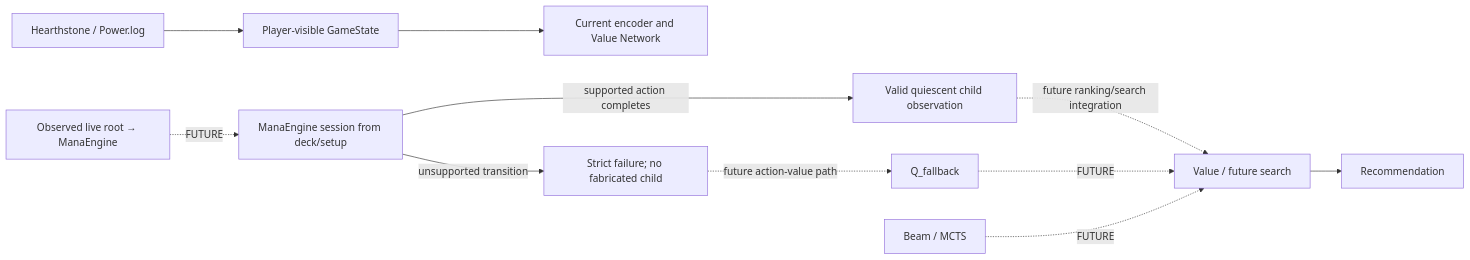
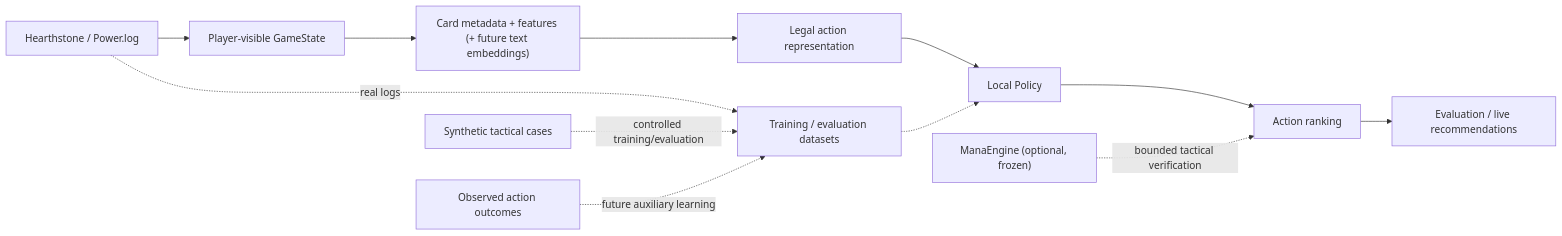
One commit to MaksimOrekhov/manamind changed the diagram in README.md. Above: the diagram before and after it, drawn with Mermaid. The commit also changed other lines of this file and 142 other files, not shown here.

First line of the commit message:
Model-first migration: remove RosettaStone, add roadmap, rewrite rules

````diff
--- a/README.md
+++ b/README.md
@@ -29,13 +23,14 @@
 ```mermaid
 flowchart LR
     LOG["Hearthstone / Power.log"] --> OBS["Player-visible GameState"]
-    OBS --> ENC["Current encoder and Value Network"]
-    SESSION["ManaEngine session from deck/setup"] -->|supported action completes| CHILD["Valid quiescent child observation"]
-    SESSION -->|unsupported transition| FAIL["Strict failure; no fabricated child"]
-    CHILD -. "future ranking/search integration" .-> VALUE["Value / future search"]
-    FAIL -. "future action-value path" .-> Q["Q_fallback"]
-    Q -. FUTURE .-> VALUE
-    VALUE --> REC["Recommendation"]
-    LIVE["Observed live root → ManaEngine"] -. "FUTURE" .-> SESSION
-    SEARCH["Beam / MCTS"] -. "FUTURE" .-> VALUE
+    OBS --> FEAT["Card metadata + features (+ future text embeddings)"]
+    FEAT --> ACT["Legal action representation"]
+    ACT --> POL["Local Policy"]
+    POL --> RANK["Action ranking"]
+    RANK --> EVAL["Evaluation / live recommendations"]
+    LOG -. "real logs" .-> DATA["Training / evaluation datasets"]
+    SYN["Synthetic tactical cases"] -. "controlled training/evaluation" .-> DATA
+    OUT["Observed action outcomes"] -. "future auxiliary learning" .-> DATA
+    DATA -.-> POL
+    ME["ManaEngine (optional, frozen)"] -. "bounded tactical verification" .-> RANK
 ```
````
